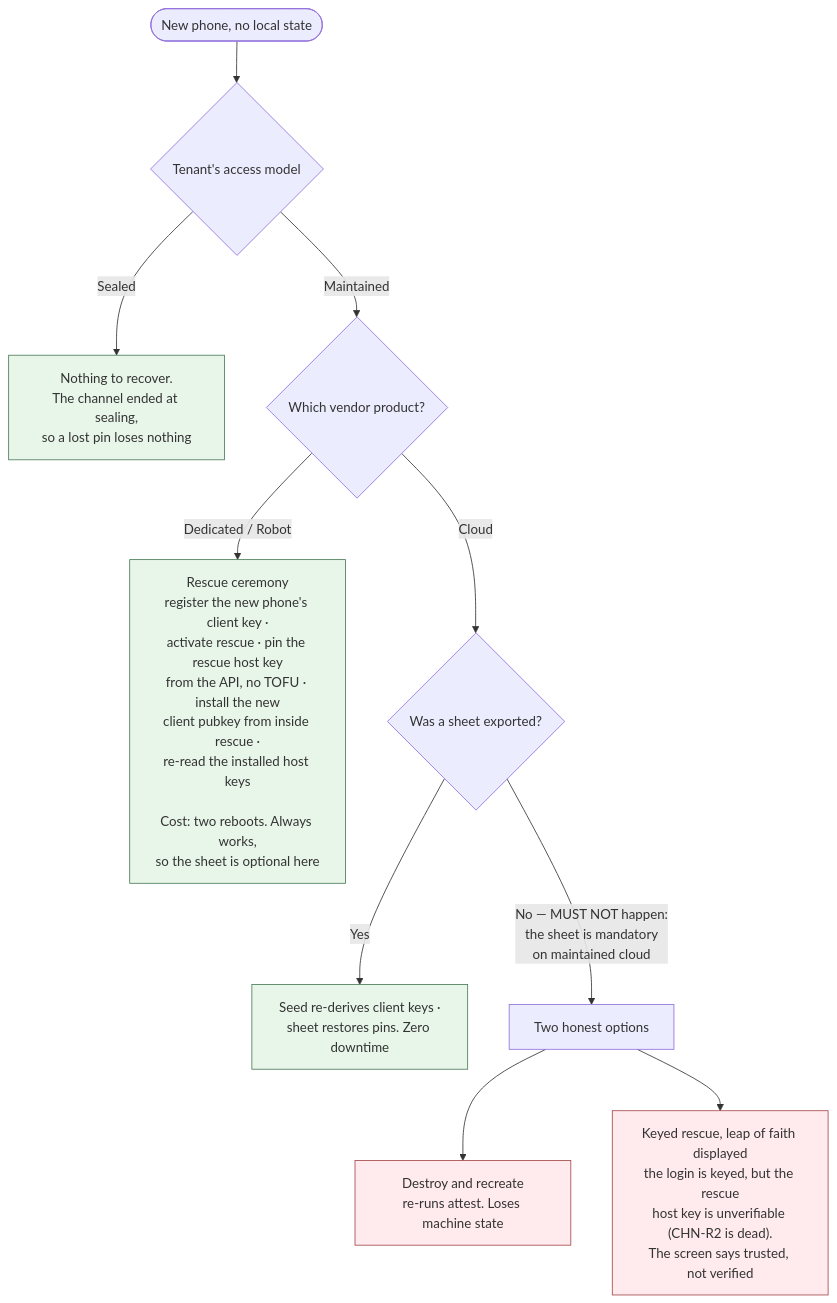
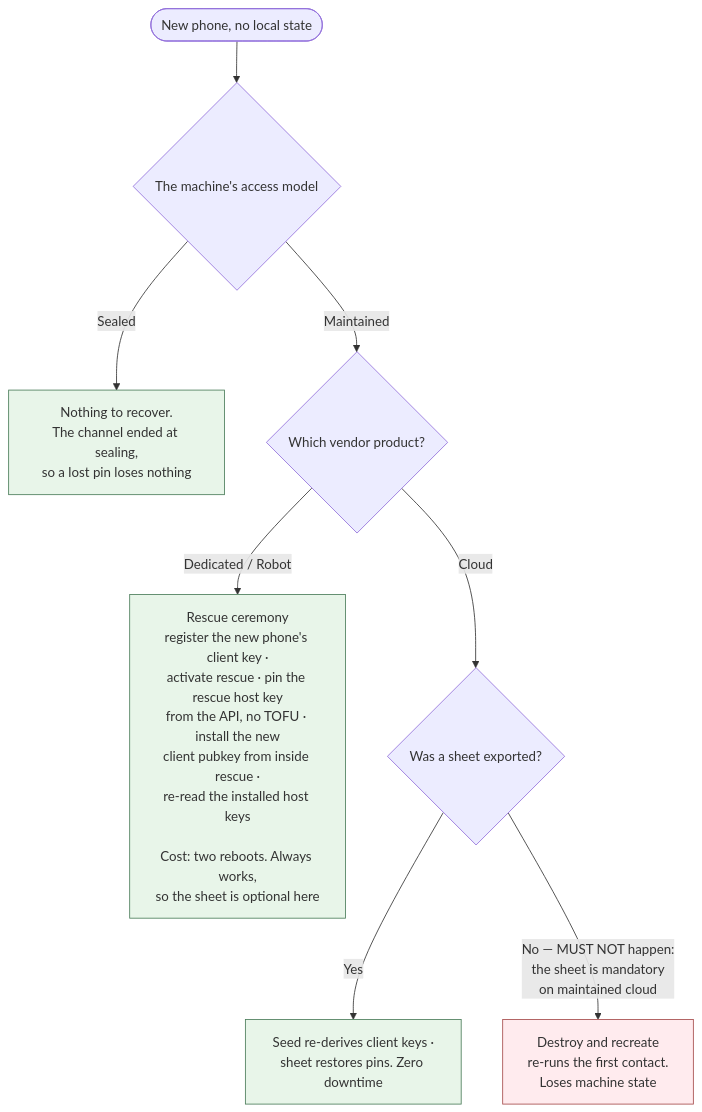
Before and after one commit to douglaz/tau-web-spec: the diagram in 03-state-and-recovery.md, drawn with Mermaid. The commit also changed other lines of this file and 42 other files, not shown here.

First line of the commit message:
docs(spec): put the general case first — no tenant, the owner's scenario as stage 1 (#11)

````diff
--- a/03-state-and-recovery.md
+++ b/03-state-and-recovery.md
@@ -384,16 +411,14 @@
 ```mermaid
 flowchart TD
-    LOST([New phone, no local state]) --> AM{Tenant's access model}
+    LOST([New phone, no local state]) --> AM{The machine's access model}
     AM -->|Sealed| SEALED["Nothing to recover.<br/>The channel ended at sealing,<br/>so a lost pin loses nothing"]
     AM -->|Maintained| VEND{Which vendor product?}
     VEND -->|Dedicated / Robot| CER["Rescue ceremony<br/>register the new phone's client key ·<br/>activate rescue · pin the rescue host key<br/>from the API, no TOFU · install the new<br/>client pubkey from inside rescue ·<br/>re-read the installed host keys<br/><br/>Cost: two reboots. Always works,<br/>so the sheet is optional here"]
     VEND -->|Cloud| SHEET{Was a sheet exported?}
     SHEET -->|Yes| ZERO["Seed re-derives client keys ·<br/>sheet restores pins. Zero downtime"]
-    SHEET -->|"No — MUST NOT happen:<br/>the sheet is mandatory<br/>on maintained cloud"| TWO["Two honest options"]
-    TWO --> DR["Destroy and recreate<br/>re-runs attest. Loses machine state"]
-    TWO --> KR["Keyed rescue, leap of faith displayed<br/>the login is keyed, but the rescue<br/>host key is unverifiable (CHN-R2 is dead).<br/>The screen says trusted, not verified"]
+    SHEET -->|"No — MUST NOT happen:<br/>the sheet is mandatory<br/>on maintained cloud"| DR["Destroy and recreate<br/>re-runs the first contact.<br/>Loses machine state"]
     classDef good fill:#e8f5e9,stroke:#4a7c59
     classDef bad fill:#ffebee,stroke:#a54a4a
     class SEALED,CER,ZERO good
-    class DR,KR bad
+    class DR bad
 ```
````
